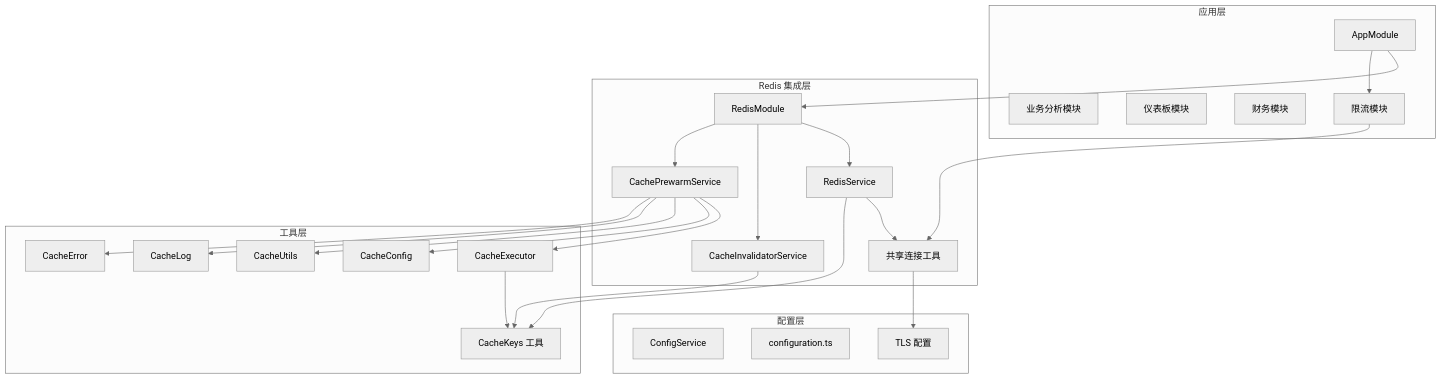
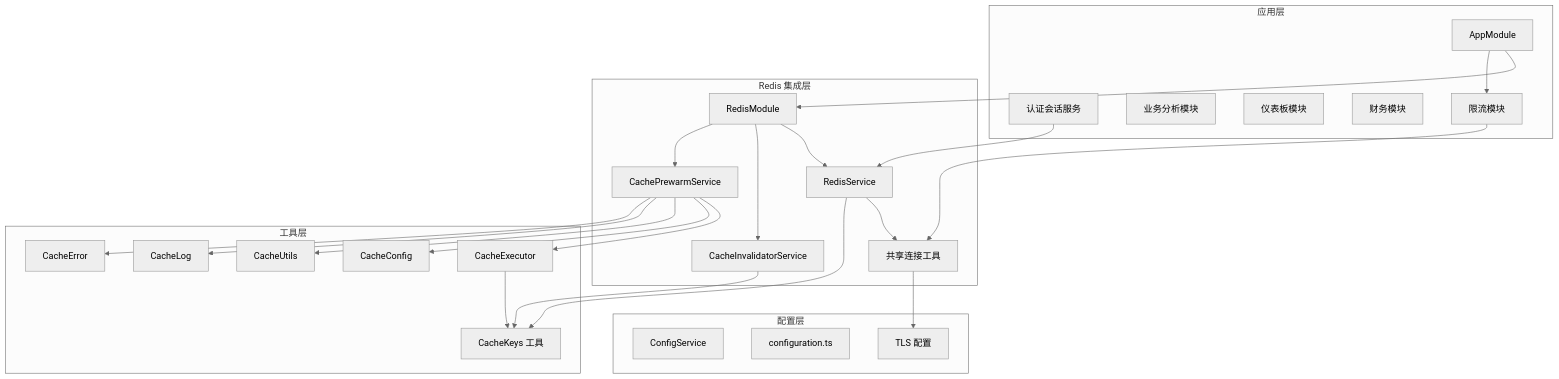
One commit to rc558620/purelyprofit-server changed the first of 11 diagrams in .qoder/repowiki/zh/content/缓存系统/Redis 集成方案.md. Above: the diagram before and after it, drawn with Mermaid (neutral theme). The commit also changed other lines of this file and 18 other files, not shown here.

````diff
--- a/.qoder/repowiki/zh/content/缓存系统/Redis 集成方案.md
+++ b/.qoder/repowiki/zh/content/缓存系统/Redis 集成方案.md
@@ -48,46 +49,48 @@
 ```mermaid
 graph TB
 subgraph "应用层"
 AppModule[AppModule]
+AuthSession[认证会话服务]
 BusinessAnalysis[业务分析模块]
 DashboardHome[仪表板模块]
 Finance[财务模块]
 ThrottlerModule[限流模块]
 end
 subgraph "Redis 集成层"
 RedisModule[RedisModule]
 RedisService[RedisService]
 CacheInvalidator[CacheInvalidatorService]
 CachePrewarm[CachePrewarmService]
 SharedUtils[共享连接工具]
 end
 subgraph "工具层"
 CacheKeys[CacheKeys 工具]
 CacheExecutor[CacheExecutor]
 CacheConfig[CacheConfig]
 CacheUtils[CacheUtils]
 CacheLog[CacheLog]
 CacheError[CacheError]
 end
 subgraph "配置层"
 ConfigService[ConfigService]
 Configuration[configuration.ts]
 TLSConfig[TLS 配置]
 end
 AppModule --> RedisModule
 AppModule --> ThrottlerModule
+AuthSession --> RedisService
 RedisModule --> RedisService
 RedisModule --> CacheInvalidator
 RedisModule --> CachePrewarm
 RedisService --> SharedUtils
 ThrottlerModule --> SharedUtils
 SharedUtils --> TLSConfig
 CachePrewarm --> CacheExecutor
 CachePrewarm --> CacheConfig
 CachePrewarm --> CacheUtils
 CachePrewarm --> CacheLog
 CachePrewarm --> CacheError
 RedisService --> CacheKeys
 CacheInvalidator --> CacheKeys
 CacheExecutor --> CacheKeys
 ```
````
